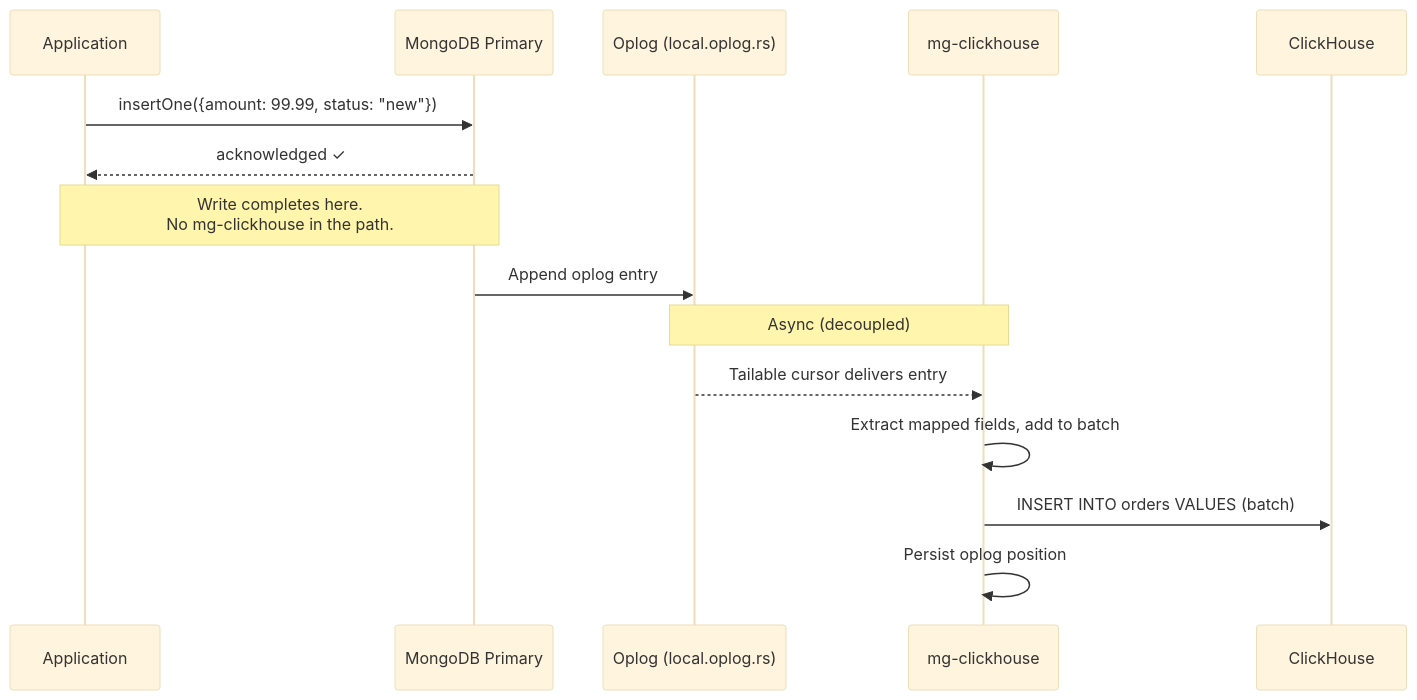
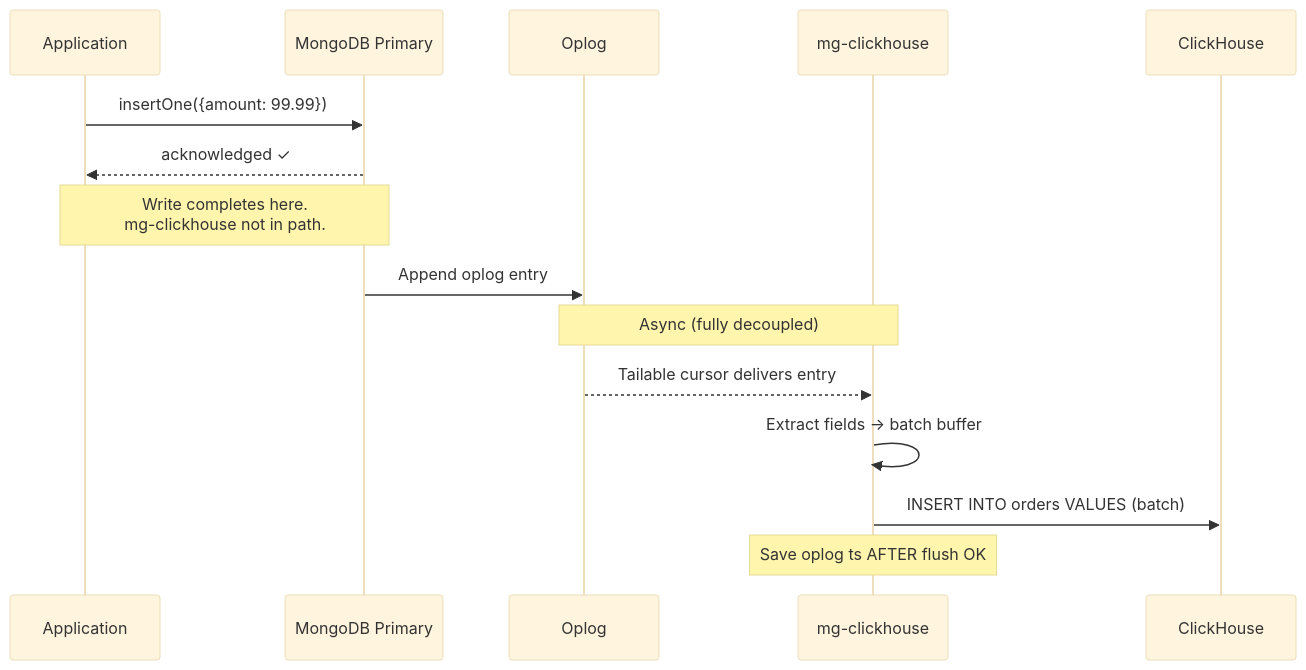
One commit to mrityunjaysharma/mongo-flux changed the eighth of 14 diagrams in docs/design.md. Above: the diagram before and after it, drawn with Mermaid (base theme). The commit also changed other lines of this file and 1 other file, not shown here.

````diff
--- a/docs/design.md
+++ b/docs/design.md
@@ -229,19 +282,19 @@
 ```mermaid
 sequenceDiagram
     participant App as Application
     participant MG as MongoDB Primary
-    participant OL as Oplog (local.oplog.rs)
+    participant OL as Oplog
     participant MGC as mg-clickhouse
     participant CH as ClickHouse
 
-    App->>MG: insertOne({amount: 99.99, status: "new"})
+    App->>MG: insertOne({amount: 99.99})
     MG-->>App: acknowledged ✓
-    Note over App,MG: Write completes here.<br/>No mg-clickhouse in the path.
+    Note over App,MG: Write completes here.<br/>mg-clickhouse not in path.
 
     MG->>OL: Append oplog entry
-    Note over OL,MGC: Async (decoupled)
+    Note over OL,MGC: Async (fully decoupled)
     OL-->>MGC: Tailable cursor delivers entry
-    MGC->>MGC: Extract mapped fields, add to batch
+    MGC->>MGC: Extract fields → batch buffer
     MGC->>CH: INSERT INTO orders VALUES (batch)
-    MGC->>MGC: Persist oplog position
+    Note over MGC: Save oplog ts AFTER flush OK
 ```
````
